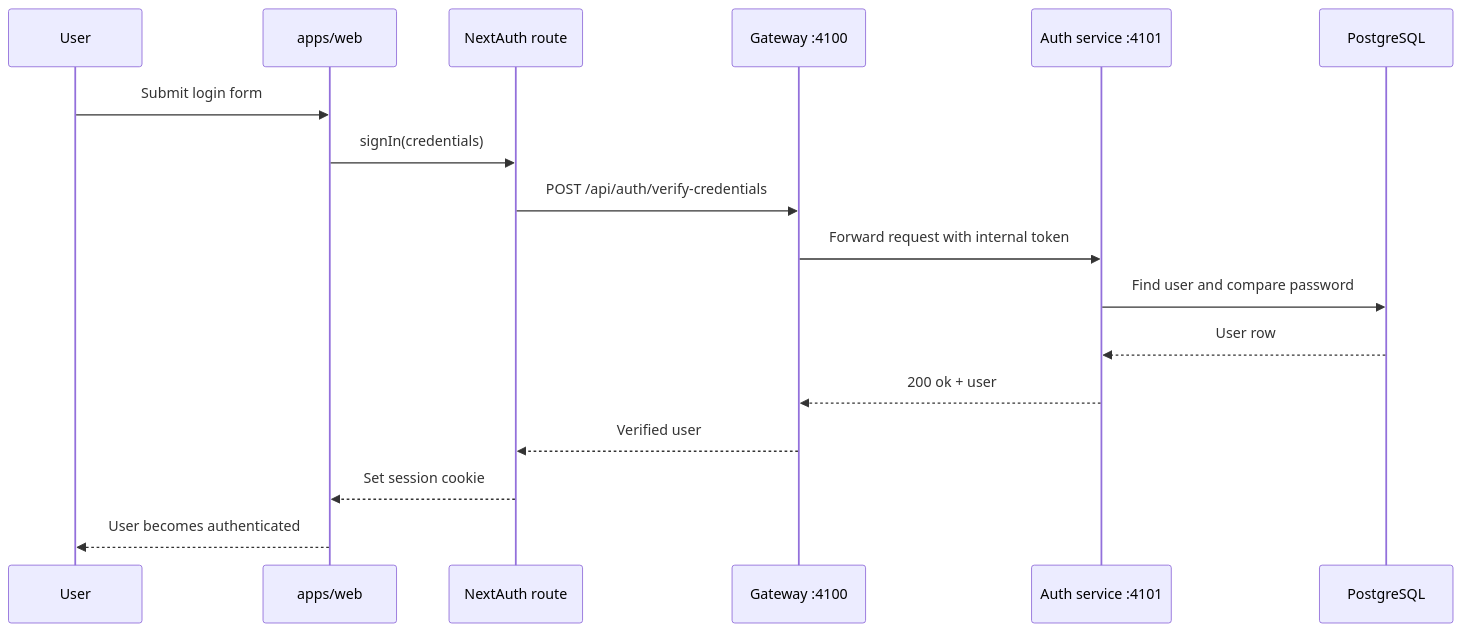
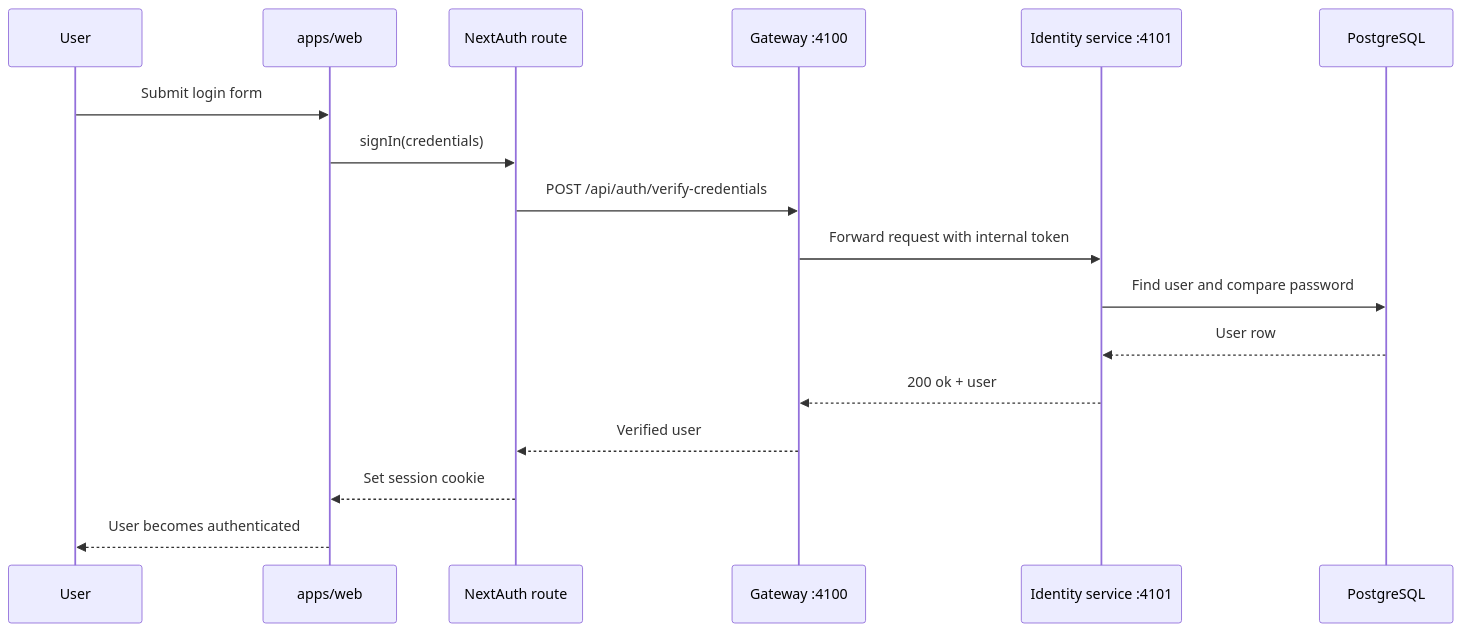
Before and after one commit to Sam231221/Yome: the fourth of 7 diagrams in docs/LOCALHOST_3000_REQUEST_WORKFLOW.md, drawn with Mermaid. The commit also changed other lines of this file and 7 other files, not shown here.

First line of the commit message:
docs: B05 completeness audit — remove unused dep, fix stale auth-service prose

````diff
--- a/docs/LOCALHOST_3000_REQUEST_WORKFLOW.md
+++ b/docs/LOCALHOST_3000_REQUEST_WORKFLOW.md
@@ -175,20 +175,20 @@
 ```mermaid
 sequenceDiagram
     participant U as User
     participant W as apps/web
     participant NA as NextAuth route
     participant G as Gateway :4100
-    participant A as Auth service :4101
+    participant A as Identity service :4101
     participant DB as PostgreSQL
 
     U->>W: Submit login form
     W->>NA: signIn(credentials)
     NA->>G: POST /api/auth/verify-credentials
     G->>A: Forward request with internal token
     A->>DB: Find user and compare password
     DB-->>A: User row
     A-->>G: 200 ok + user
     G-->>NA: Verified user
     NA-->>W: Set session cookie
     W-->>U: User becomes authenticated
 ```
````
